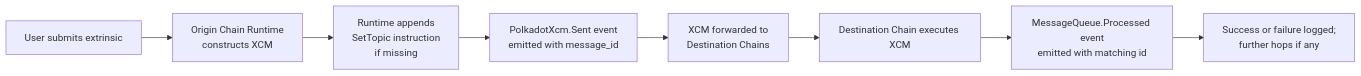
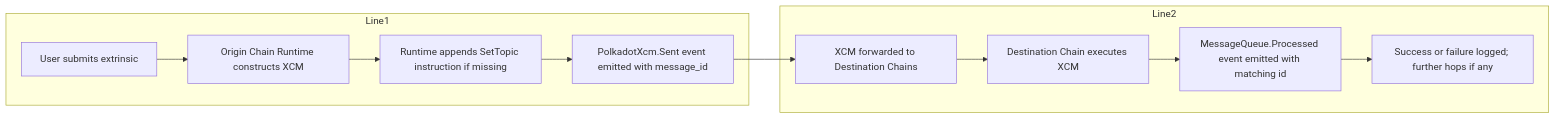
The diagram in tutorials/interoperability/xcm-observability.md (polkadot-developers/polkadot-docs), drawn with Mermaid before and after one commit. The commit also changed 1 other file, not shown here.

Commit message:
Break into two lines

````diff
--- a/tutorials/interoperability/xcm-observability.md
+++ b/tutorials/interoperability/xcm-observability.md
@@ -125,11 +125,18 @@
 ```mermaid
 flowchart LR
-    A[User submits extrinsic] --> B[Origin Chain Runtime\nconstructs XCM]
-    B --> C[Runtime appends\nSetTopic instruction\nif missing]
-    C --> D[PolkadotXcm.Sent event\nemitted with message_id]
+    subgraph Line1
+        A[User submits extrinsic] --> B[Origin Chain Runtime constructs XCM]
+        B --> C[Runtime appends SetTopic instruction if missing]
+        C --> D[PolkadotXcm.Sent event emitted with message_id]
+    end
 
-    D --> E[XCM forwarded to\nDestination Chains]
-    E --> F[Destination Chain executes XCM]
-    F --> G[MessageQueue.Processed event\nemitted with matching id]
-    G --> H[Success or failure logged;\nfurther hops if any]
+    subgraph Line2
+        E[XCM forwarded to Destination Chains]
+        F[Destination Chain executes XCM]
+        G[MessageQueue.Processed event emitted with matching id]
+        H[Success or failure logged; further hops if any]
+    end
+
+    D --> E
+    E --> F --> G --> H
 ```
````
